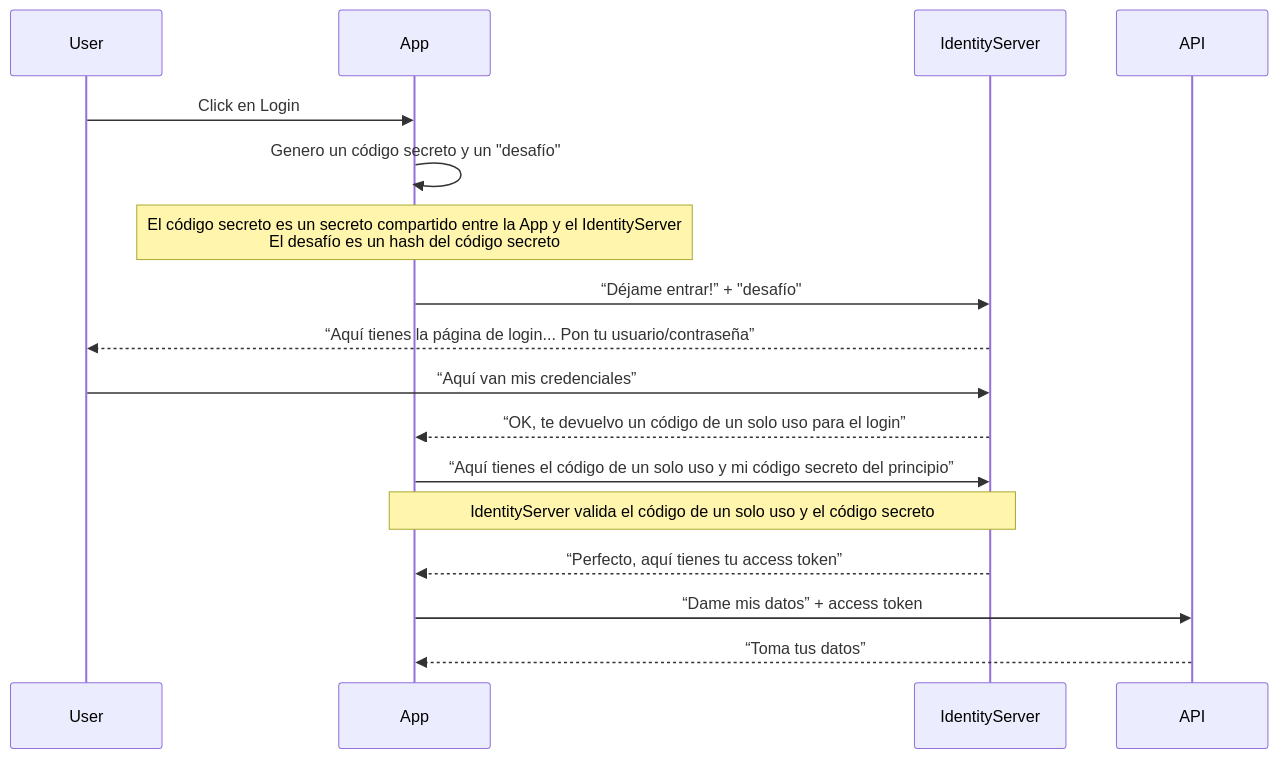
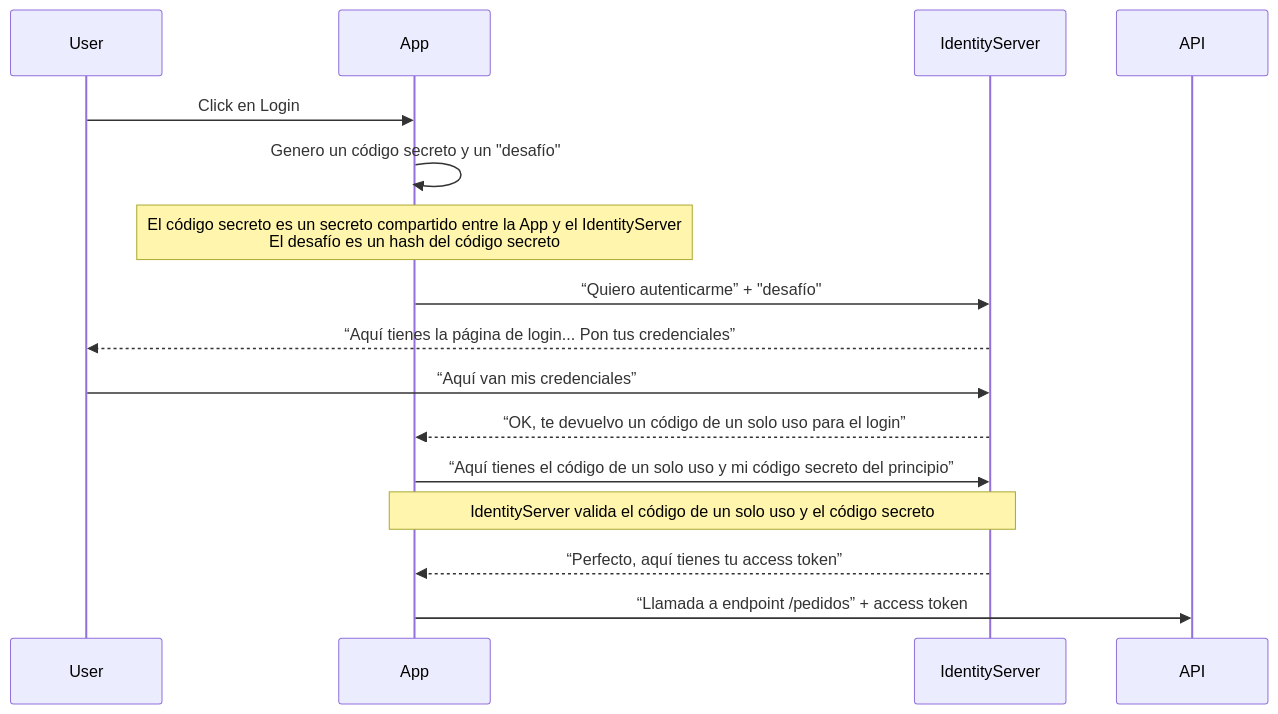
Before and after one commit to virubiotor/authentication-made-simple: the diagram in docs/authorization_code_pkce_simplified.md, drawn with Mermaid. The commit also changed 2 other files, not shown here.

Commit message:
docs: small updates in flows diagrams

````diff
--- a/docs/authorization_code_pkce_simplified.md
+++ b/docs/authorization_code_pkce_simplified.md
@@ -1,20 +1,20 @@
 ```mermaid
 sequenceDiagram
     participant User
     participant App
     participant IdentityServer
     participant API
 
     User->>App: Click en Login
     App->>App: Genero un código secreto y un "desafío"
     note over App: El código secreto es un secreto compartido entre la App y el IdentityServer<br/>El desafío es un hash del código secreto
-    App->>IdentityServer: “Déjame entrar!” + "desafío"
-    IdentityServer-->>User: “Aquí tienes la página de login... Pon tu usuario/contraseña”
+    App->>IdentityServer: “Quiero autenticarme” + "desafío"
+    IdentityServer-->>User: “Aquí tienes la página de login... Pon tus credenciales”
     User->>IdentityServer: “Aquí van mis credenciales”
     IdentityServer-->>App: “OK, te devuelvo un código de un solo uso para el login”
     App->>IdentityServer: “Aquí tienes el código de un solo uso y mi código secreto del principio”
     note over App, IdentityServer: IdentityServer valida el código de un solo uso y el código secreto
     IdentityServer-->>App: “Perfecto, aquí tienes tu access token”
-    App->>API: “Dame mis datos” + access token
-    API-->>App: “Toma tus datos”
+    App->>API: “Llamada a endpoint /pedidos” + access token
+
 ```
````
